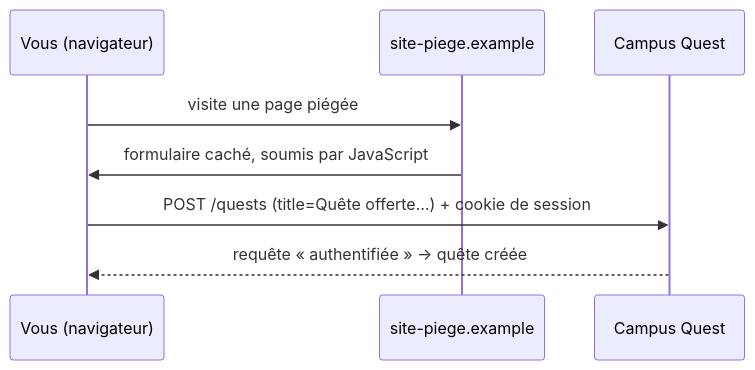
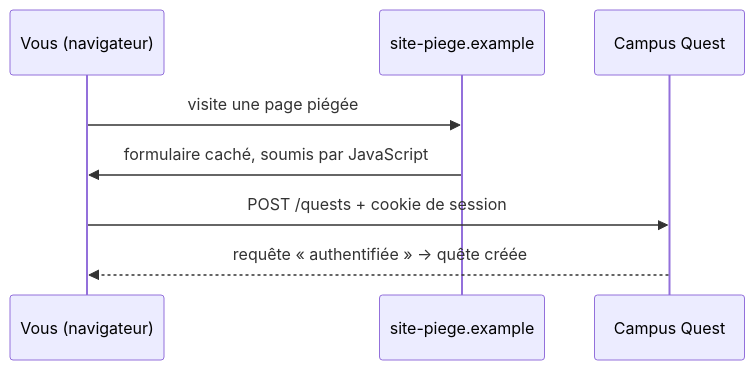
One commit to Maus3rSR/K.School changed the third of 3 diagrams in courses/Framework/sections/05-formulaires/02-csrf.md. Above: the diagram before and after it, drawn with Mermaid. The commit also changed other lines of this file and 28 other files, not shown here.

````diff
--- a/courses/Framework/sections/05-formulaires/02-csrf.md
+++ b/courses/Framework/sections/05-formulaires/02-csrf.md
@@ -51,10 +79,10 @@
-```mermaid
+```mermaid {scale: 0.8}
 sequenceDiagram
     participant V as Vous (navigateur)
     participant P as site-piege.example
     participant C as Campus Quest
     V->>P: visite une page piégée
     P->>V: formulaire caché, soumis par JavaScript
-    V->>C: POST /quests (title=Quête offerte…) + cookie de session
+    V->>C: POST /quests + cookie de session
     C-->>V: requête « authentifiée » → quête créée
 ```
````
